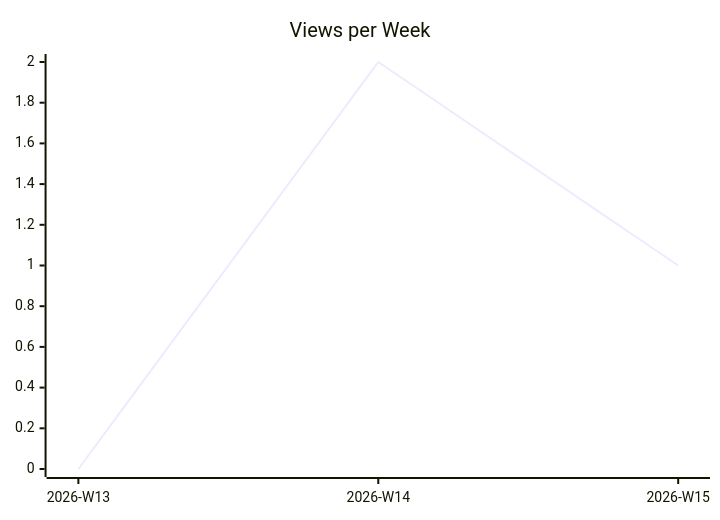
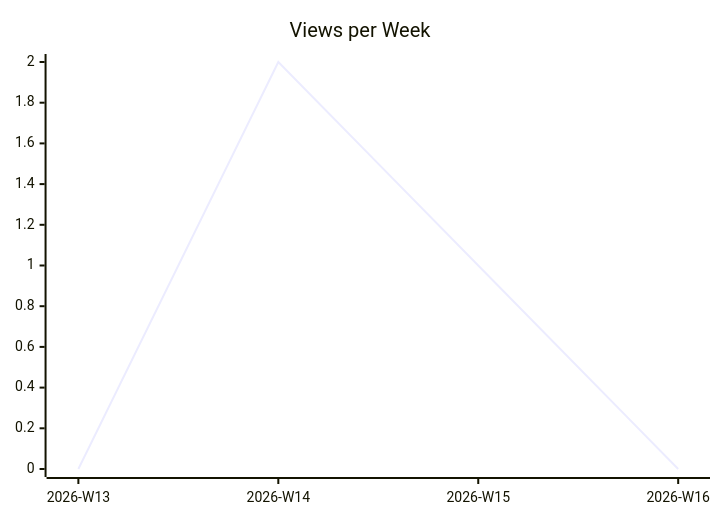
Before and after one commit to justdavis-family/github-analytics-data: the second of 3 diagrams in karlmdavis/justdavis-ansible/README.md, drawn with Mermaid. The commit also changed other lines of this file and 176 other files, not shown here.

````diff
--- a/karlmdavis/justdavis-ansible/README.md
+++ b/karlmdavis/justdavis-ansible/README.md
@@ -12,6 +12,6 @@
 ```mermaid
 xychart-beta
   title "Views per Week"
-  x-axis ["2026-W13", "2026-W14", "2026-W15"]
-  line [0, 2, 1]
+  x-axis ["2026-W13", "2026-W14", "2026-W15", "2026-W16"]
+  line [0, 2, 1, 0]
 ```
````
